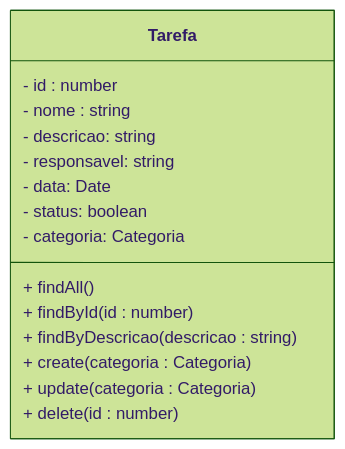
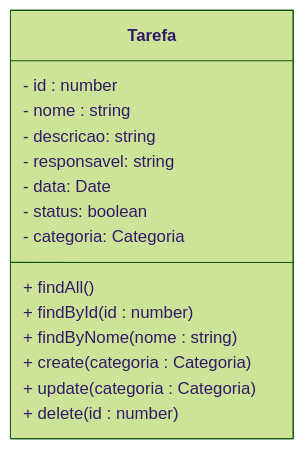
Before and after one commit to rafaelq80/cookbook_mobile: the diagram in 03_nest/07.md, drawn with Mermaid (forest theme).

Commit message:
Revisado 01

````diff
--- a/03_nest/07.md
+++ b/03_nest/07.md
@@ -16,18 +16,18 @@
 ```mermaid
 classDiagram
 class Tarefa {
   - id : number
   - nome : string
   - descricao: string
   - responsavel: string
   - data: Date
   - status: boolean
   - categoria: Categoria
   + findAll()
   + findById(id : number)
-  + findByDescricao(descricao : string)
+  + findByNome(nome : string)
   + create(categoria : Categoria)
   + update(categoria : Categoria)
   + delete(id : number)
 }
 ```
````
